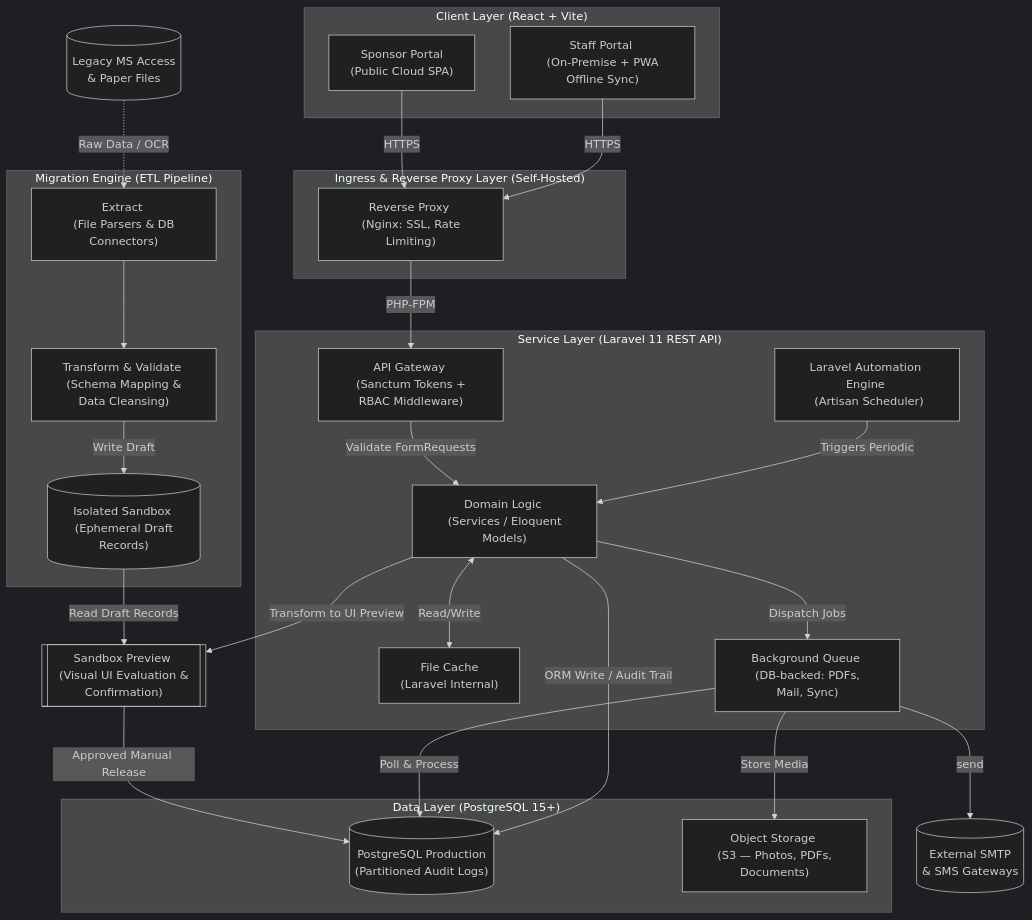
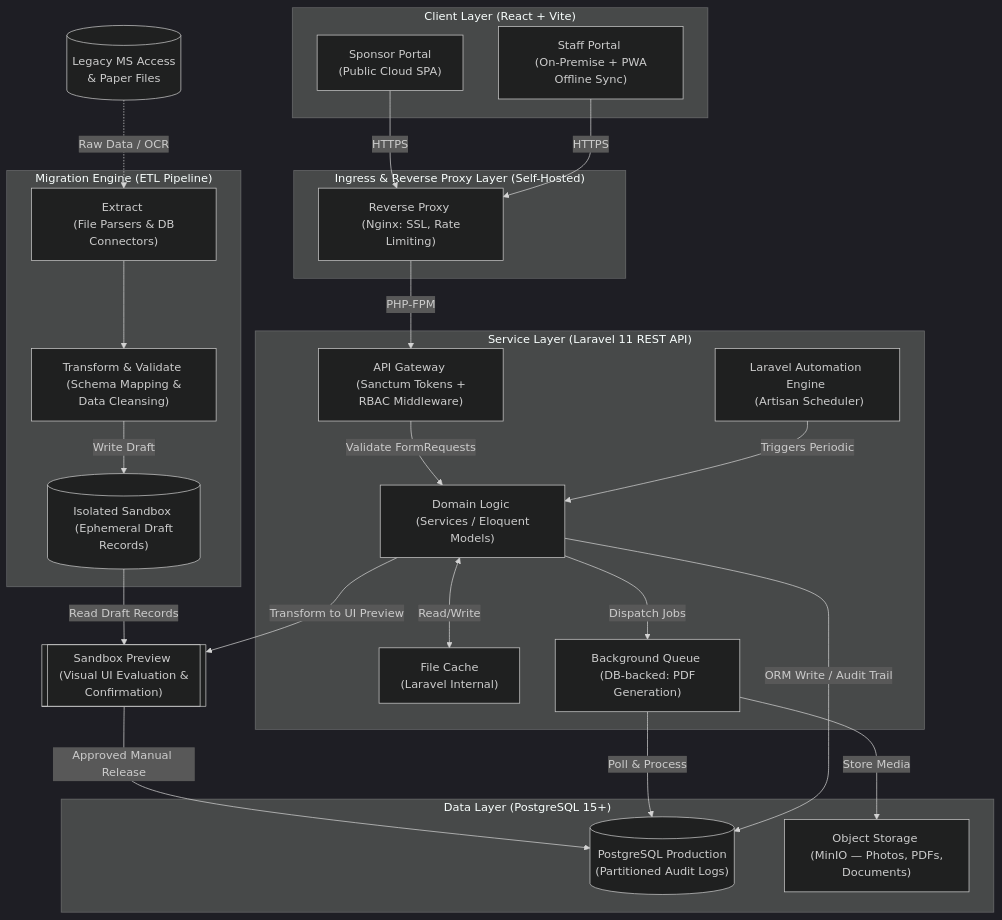
Before and after one commit to TainYanTun/BHSMS-Architectural-Blueprint: the diagram in technical/Architecture.mmd, drawn with Mermaid (dark theme). The commit also changed 30 other files, not shown here.

```diff
--- a/technical/Architecture.mmd
+++ b/technical/Architecture.mmd
@@ -1,79 +1,77 @@
 graph TD
     %% --- STREAMLINED FRONTEND LAYER ---
     subgraph ClientLayer ["Client Layer (React + Vite)"]
         SP["Sponsor Portal <br/> (Public Cloud SPA)"]
         ST["Staff Portal <br/> (On-Premise + PWA Offline Sync)"]
     end
 
     %% --- INFRASTRUCTURE & PROXY ---
     subgraph RP ["Ingress & Reverse Proxy Layer (Self-Hosted)"]
         Proxy["Reverse Proxy <br/> (Nginx: SSL, Rate Limiting)"]
     end
 
     %% --- CORE APP LAYER ---
     subgraph SL ["Service Layer (Laravel 11 REST API)"]
         Auth["API Gateway <br/> (Sanctum Tokens + RBAC Middleware)"]
         Sched["Laravel Automation Engine <br/> (Artisan Scheduler)"]
         Logic["Domain Logic <br/> (Services / Eloquent Models)"]
         Cache["File Cache <br/> (Laravel Internal)"]
-        Jobs["Background Queue <br/> (DB-backed: PDFs, Mail, Sync)"]
+        Jobs["Background Queue <br/> (DB-backed: PDF Generation)"]
         
         Auth -->|Validate FormRequests| Logic
         Sched -->|Triggers Periodic| Logic
     end
 
     %% --- MIGRATION PIPELINE (ETL with Gatekeeper) ---
     Legacy[(Legacy MS Access <br/> & Paper Files)]
     
     subgraph ETL ["Migration Engine (ETL Pipeline)"]
         Ext["Extract <br/> (File Parsers & DB Connectors)"]
         Trans["Transform & Validate <br/> (Schema Mapping & Data Cleansing)"]
         Stage[("Isolated Sandbox <br/> (Ephemeral Draft Records)")]
         
         Ext --> Trans
         Trans -->|Write Draft| Stage
     end
 
     %% --- THE GATEKEEPER ---
     Gate[["Sandbox Preview <br/> (Visual UI Evaluation & Confirmation)"]]
 
     %% --- DATA & PERSISTENCE ---
     subgraph DL ["Data Layer (PostgreSQL 15+)"]
         DB[("PostgreSQL Production <br/>(Partitioned Audit Logs)")]
-        File["Object Storage <br/> (S3 — Photos, PDFs, Documents)"]
+        File["Object Storage <br/> (MinIO — Photos, PDFs, Documents)"]
     end
 
-    %% --- OUTBOUND ---
-    ExtDelivery[(External SMTP <br> & SMS Gateways)]
+    %% --- OUTBOUND (Manual — staff handles external email outside the system) ---
 
     %% ==========================================
     %% DATA FLOW PIPELINES
     %% ==========================================
     
     %% Ingress Flow
     %% ── Alternative: add Cloudflare Tunnel + Cloudflare Access (Auth Gate) ──
     %%   If office is behind CGNAT or remote staff access is needed later:
     %%   1. Install cloudflared on server (outbound tunnel, no open ports)
     %%   2. Point staff.banglohope.org to the tunnel
     %%   3. Enable Cloudflare Access for auth before traffic reaches Nginx
     %%   Diagram: ST -->|HTTPS + Auth| Access --> Tunnel -->|Private link| Proxy
     %% ─────────────────────────────────────────────────────────────────────────
     SP & ST -->|HTTPS| Proxy
     Proxy -->|PHP-FPM| Auth
 
     %% Migration / ETL Flow with Gatekeeper
     Legacy -.->|Raw Data / OCR| Ext
     Stage -->|Read Draft Records| Gate
     Gate -->|Approved Manual Release| DB
 
     %% Caching & Queue
     Logic <-->|Read/Write| Cache
     Logic -->|Dispatch Jobs| Jobs
     Jobs -->|Poll & Process| DB
 
     %% Persistence & Outbound Pipelines
     Logic -->|ORM Write / Audit Trail| DB
-    Jobs -->|send| ExtDelivery
     Jobs -->|Store Media| File
 
     Logic -->|Transform to UI Preview| Gate
```
